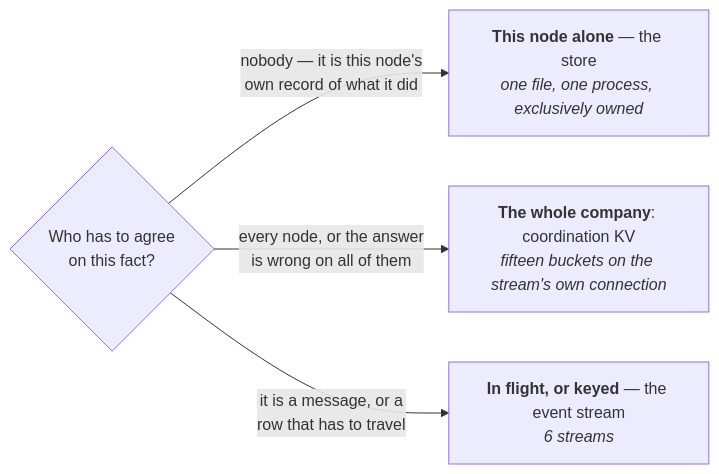
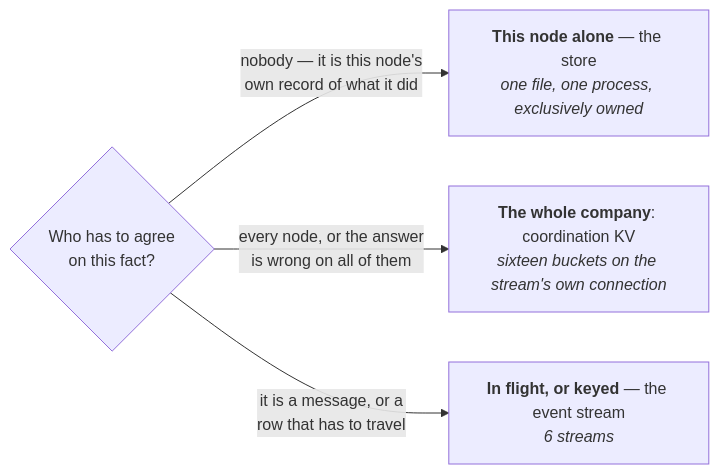
Before and after one commit to crewlet/crewlet: the ninth of 10 diagrams in docs/concepts/architecture.md, drawn with Mermaid. The commit also changed other lines of this file and 12 other files, not shown here.

````diff
--- a/docs/concepts/architecture.md
+++ b/docs/concepts/architecture.md
@@ -493,11 +494,11 @@
 ```mermaid
 flowchart LR
     Q{"Who has to agree<br/>on this fact?"}
     LOCAL["<b>This node alone</b> — the store<br/><i>one file, one process, exclusively owned</i>"]
-    FLEET["<b>The whole company</b>: coordination KV<br/><i>fifteen buckets on the stream's own connection</i>"]
+    FLEET["<b>The whole company</b>: coordination KV<br/><i>sixteen buckets on the stream's own connection</i>"]
     STREAM["<b>In flight, or keyed</b> — the event stream<br/><i>6 streams</i>"]
 
     Q -->|"nobody — it is this node's<br/>own record of what it did"| LOCAL
     Q -->|"every node, or the answer<br/>is wrong on all of them"| FLEET
     Q -->|"it is a message, or a<br/>row that has to travel"| STREAM
 ```
````
